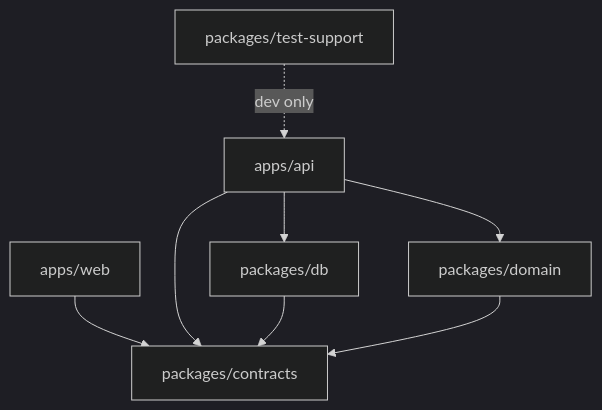
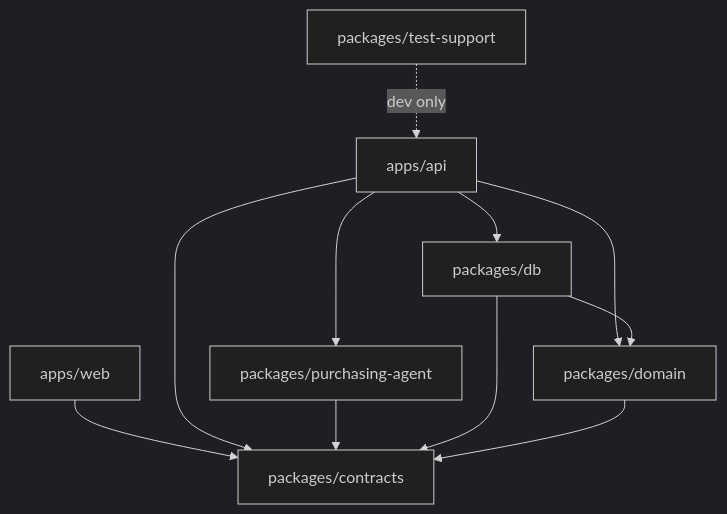
The fourth of 4 diagrams in docs/architecture.md (r0bops/Authera), drawn with Mermaid (dark theme) before and after one commit. The commit also changed other lines of this file and 4 other files, not shown here.

First line of the commit message:
docs: README, architecture, threat model, demo runbook, Railway config

````diff
--- a/docs/architecture.md
+++ b/docs/architecture.md
@@ -66,10 +97,13 @@
 ```mermaid
 flowchart TB
   web[apps/web] --> contracts[packages/contracts]
   api[apps/api] --> contracts
   api --> domain[packages/domain]
   api --> db[packages/db]
+  api --> agent[packages/purchasing-agent]
+  agent --> contracts
   db --> contracts
+  db --> domain
   domain --> contracts
   ts[packages/test-support] -.dev only.-> api
 ```
````
